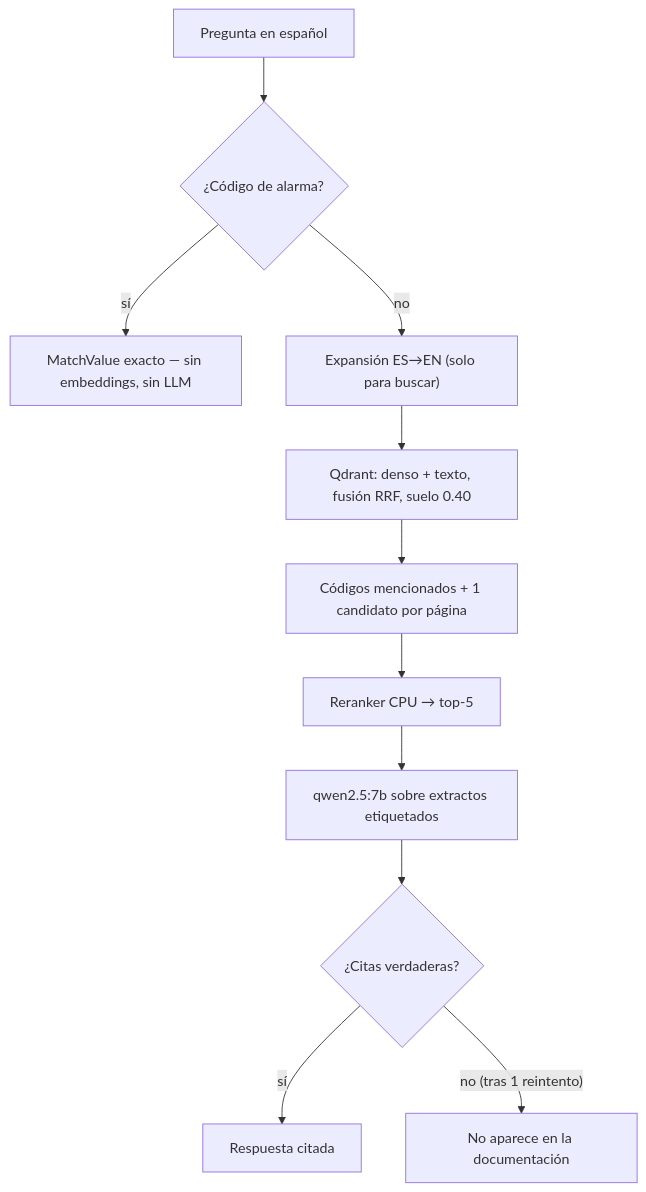
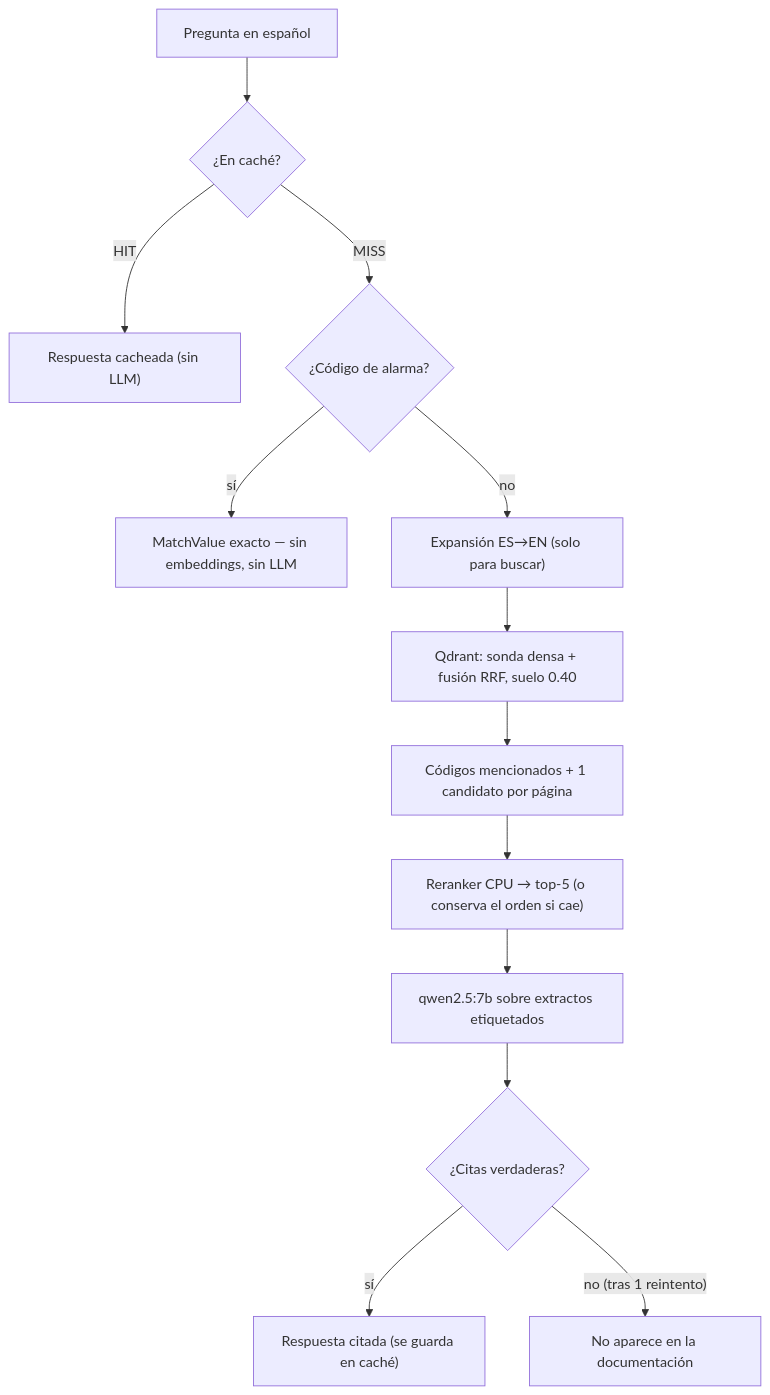
One commit to mikelrh-dev/truecopy changed the diagram in README.md. Above: the diagram before and after it, drawn with Mermaid. The commit also changed other lines of this file and 2 other files, not shown here.

````diff
--- a/README.md
+++ b/README.md
@@ -21,13 +24,15 @@
 ```mermaid
 flowchart TD
-    Q["Pregunta en español"] --> G1{"¿Código de alarma?"}
+    Q["Pregunta en español"] --> C0{"¿En caché?"}
+    C0 -- "HIT" --> OKC["Respuesta cacheada (sin LLM)"]
+    C0 -- "MISS" --> G1{"¿Código de alarma?"}
     G1 -- "sí" --> FP["MatchValue exacto — sin embeddings, sin LLM"]
     G1 -- "no" --> EXP["Expansión ES→EN (solo para buscar)"]
-    EXP --> HIB["Qdrant: denso + texto, fusión RRF, suelo 0.40"]
+    EXP --> HIB["Qdrant: sonda densa + fusión RRF, suelo 0.40"]
     HIB --> UN["Códigos mencionados + 1 candidato por página"]
-    UN --> RER["Reranker CPU → top-5"]
+    UN --> RER["Reranker CPU → top-5 (o conserva el orden si cae)"]
     RER --> LLM["qwen2.5:7b sobre extractos etiquetados"]
     LLM --> VAL{"¿Citas verdaderas?"}
-    VAL -- "sí" --> OK["Respuesta citada"]
+    VAL -- "sí" --> OK["Respuesta citada (se guarda en caché)"]
     VAL -- "no (tras 1 reintento)" --> NO["No aparece en la documentación"]
 ```
````
